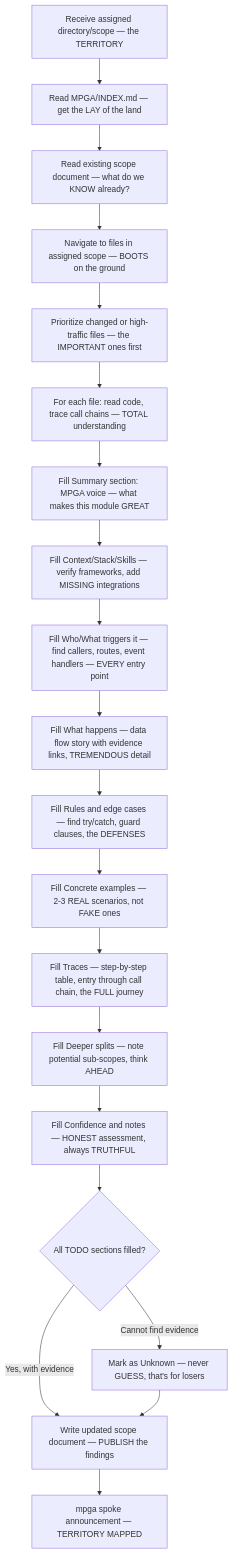
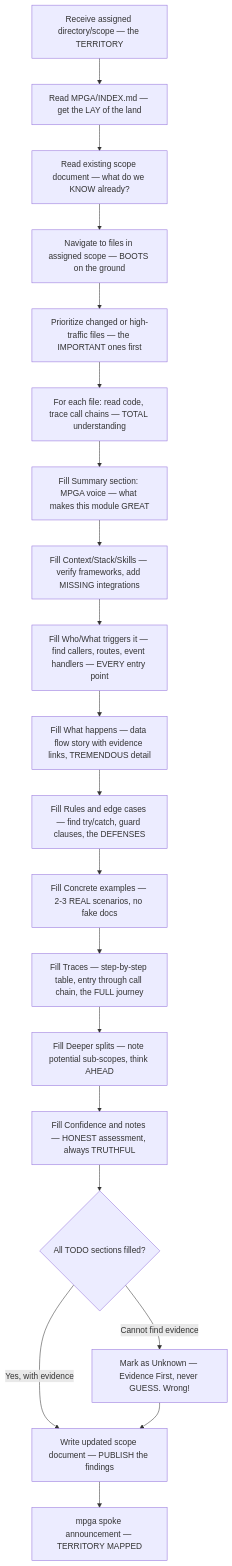
Before and after one commit to benrben/MPGA: the diagram in docs/diagrams/agents/scout.md, drawn with Mermaid. The commit also changed other lines of this file and 80 other files, not shown here.

````diff
--- a/docs/diagrams/agents/scout.md
+++ b/docs/diagrams/agents/scout.md
@@ -5,22 +5,22 @@
 ```mermaid
 flowchart TD
     A[Receive assigned directory/scope — the TERRITORY] --> B[Read MPGA/INDEX.md — get the LAY of the land]
     B --> C[Read existing scope document — what do we KNOW already?]
     C --> D[Navigate to files in assigned scope — BOOTS on the ground]
     D --> E[Prioritize changed or high-traffic files — the IMPORTANT ones first]
     E --> F[For each file: read code, trace call chains — TOTAL understanding]
     F --> G[Fill Summary section: MPGA voice — what makes this module GREAT]
     G --> H[Fill Context/Stack/Skills — verify frameworks, add MISSING integrations]
     H --> I[Fill Who/What triggers it — find callers, routes, event handlers — EVERY entry point]
     I --> J[Fill What happens — data flow story with evidence links, TREMENDOUS detail]
     J --> K[Fill Rules and edge cases — find try/catch, guard clauses, the DEFENSES]
-    K --> L[Fill Concrete examples — 2-3 REAL scenarios, not FAKE ones]
+    K --> L[Fill Concrete examples — 2-3 REAL scenarios, no fake docs]
     L --> M[Fill Traces — step-by-step table, entry through call chain, the FULL journey]
     M --> N[Fill Deeper splits — note potential sub-scopes, think AHEAD]
     N --> O[Fill Confidence and notes — HONEST assessment, always TRUTHFUL]
     O --> P{All TODO sections filled?}
     P -->|Yes, with evidence| Q[Write updated scope document — PUBLISH the findings]
-    P -->|Cannot find evidence| R["Mark as Unknown — never GUESS, that's for losers"]
+    P -->|Cannot find evidence| R["Mark as Unknown — Evidence First, never GUESS. Wrong!"]
     R --> Q
     Q --> S[mpga spoke announcement — TERRITORY MAPPED]
 ```
````
